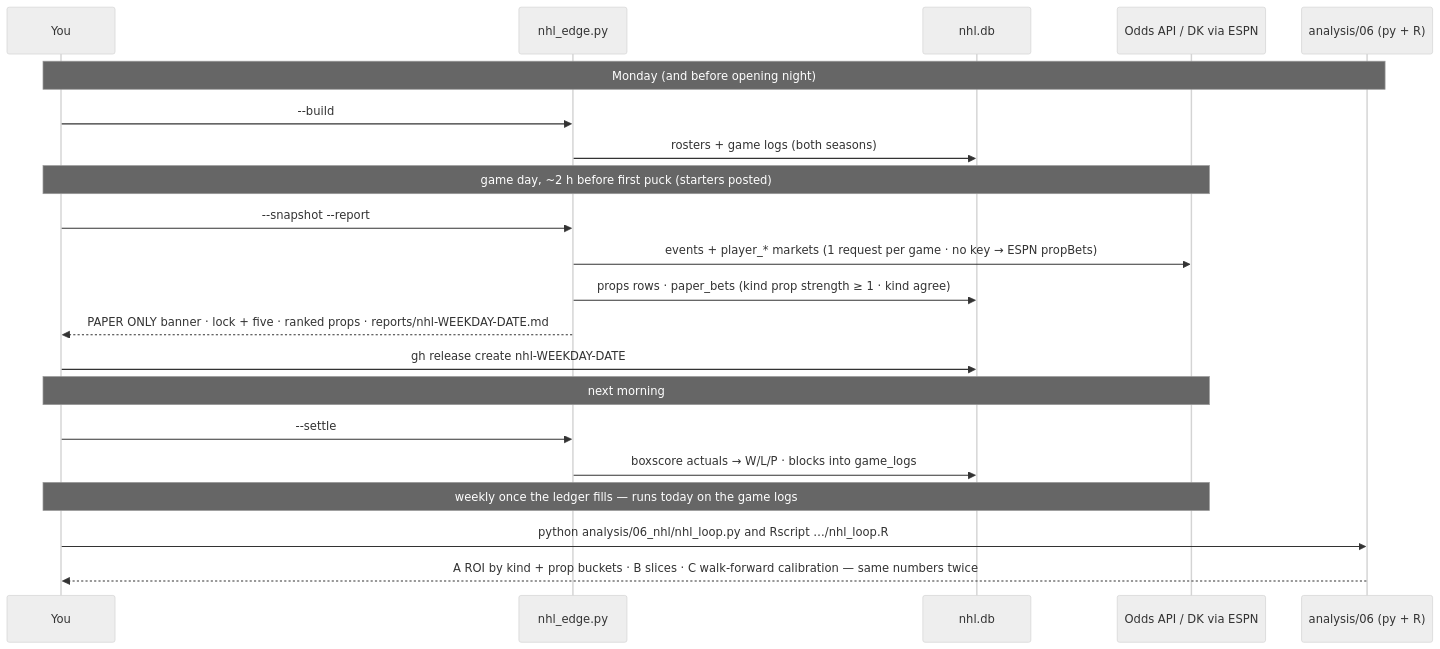
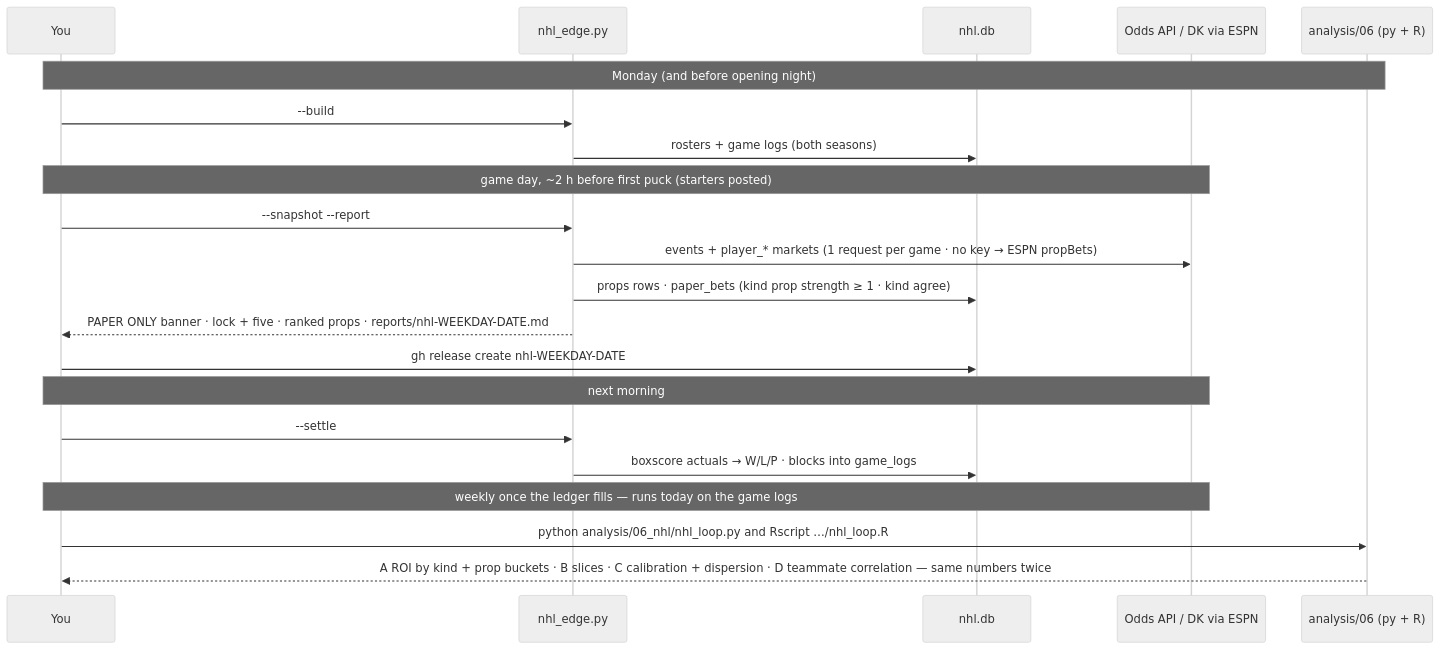
Diagram 27 of 27 in README.md (wbp318/cfb_soccer_nhl_2026_2027), drawn with Mermaid (neutral theme) before and after one commit. The commit also changed other lines of this file and 10 other files, not shown here.

````diff
--- a/README.md
+++ b/README.md
@@ -1335,23 +1377,23 @@
 ```mermaid
 sequenceDiagram
     participant You
     participant Tool as nhl_edge.py
     participant DB as nhl.db
     participant Book as Odds API / DK via ESPN
     participant An as analysis/06 (py + R)
     Note over You,An: Monday (and before opening night)
     You->>Tool: --build
     Tool->>DB: rosters + game logs (both seasons)
     Note over You,Book: game day, ~2 h before first puck (starters posted)
     You->>Tool: --snapshot --report
     Tool->>Book: events + player_* markets (1 request per game · no key → ESPN propBets)
     Tool->>DB: props rows · paper_bets (kind prop strength ≥ 1 · kind agree)
     Tool-->>You: PAPER ONLY banner · lock + five · ranked props · reports/nhl-WEEKDAY-DATE.md
     You->>DB: gh release create nhl-WEEKDAY-DATE
     Note over You,Book: next morning
     You->>Tool: --settle
     Tool->>DB: boxscore actuals → W/L/P · blocks into game_logs
     Note over You,Book: weekly once the ledger fills — runs today on the game logs
     You->>An: python analysis/06_nhl/nhl_loop.py  and  Rscript …/nhl_loop.R
-    An-->>You: A ROI by kind + prop buckets · B slices · C walk-forward calibration — same numbers twice
+    An-->>You: A ROI by kind + prop buckets · B slices · C calibration + dispersion · D teammate correlation — same numbers twice
 ```
````
